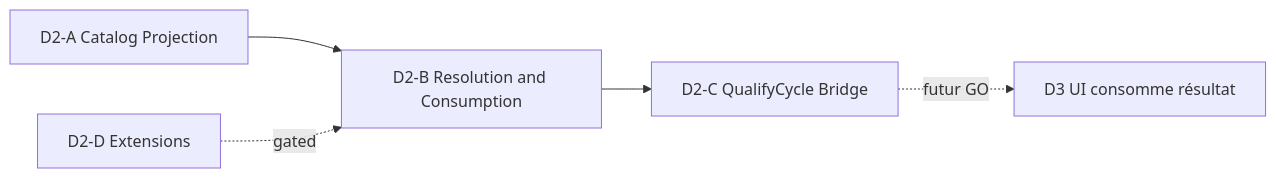
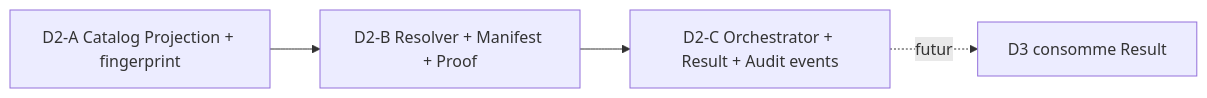
Before and after one commit to mcleland147/sfia-workspace: the eighth of 8 diagrams in sfia-review-handoff/latest-chatgpt-review.md, drawn with Mermaid. The commit also changed other lines of this file, not shown here.

Commit message:
docs(review-handoff): publish SFIA Studio V3.1-D2 technical architecture report

````diff
--- a/sfia-review-handoff/latest-chatgpt-review.md
+++ b/sfia-review-handoff/latest-chatgpt-review.md
@@ -395,7 +448,6 @@
 ```mermaid
 flowchart LR
-  D2A[D2-A Catalog Projection] --> D2B[D2-B Resolution and Consumption]
-  D2B --> D2C[D2-C QualifyCycle Bridge]
-  D2C -.->|futur GO| D3[D3 UI consomme résultat]
-  D2D[D2-D Extensions] -.->|gated| D2B
+  A[D2-A Catalog Projection + fingerprint] --> B[D2-B Resolver + Manifest + Proof]
+  B --> C[D2-C Orchestrator + Result + Audit events]
+  C -.->|futur| D3[D3 consomme Result]
 ```
````
